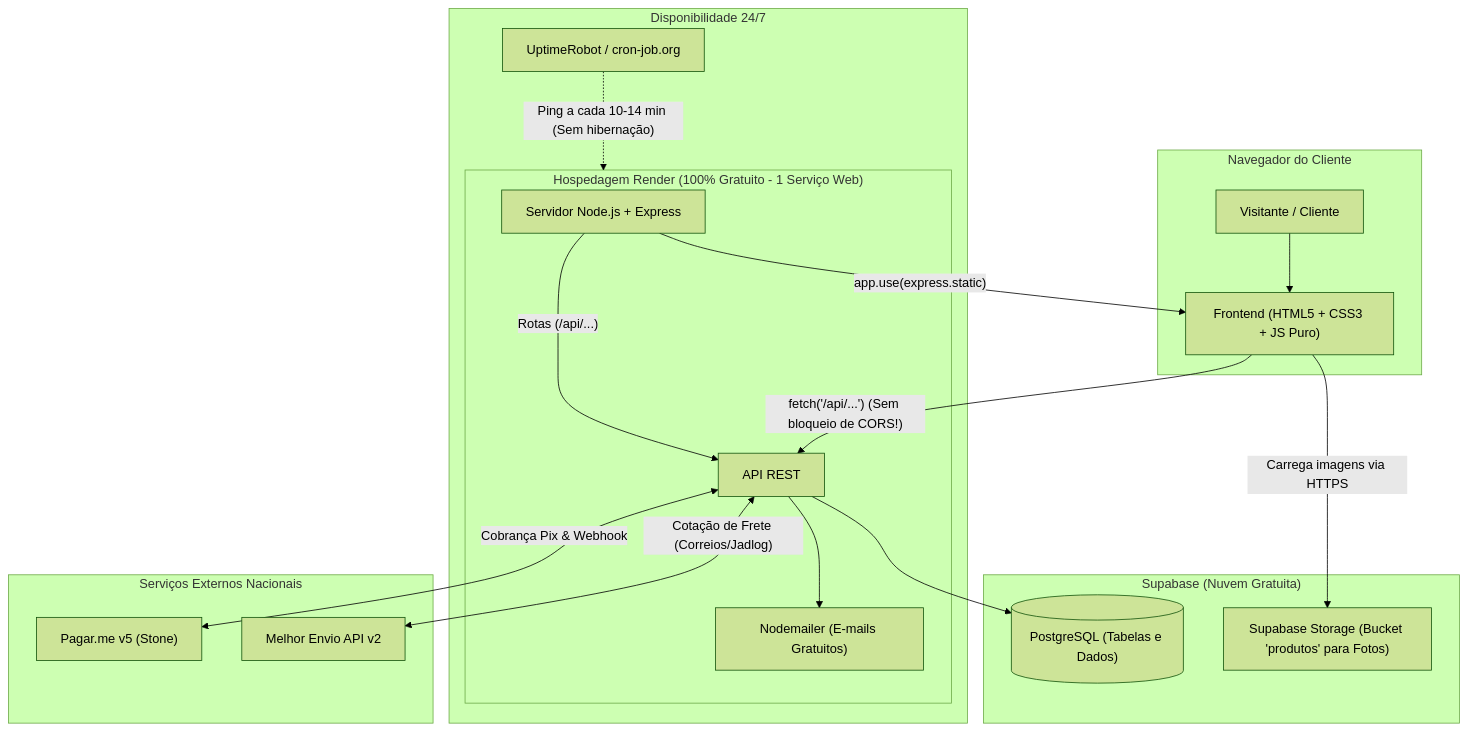
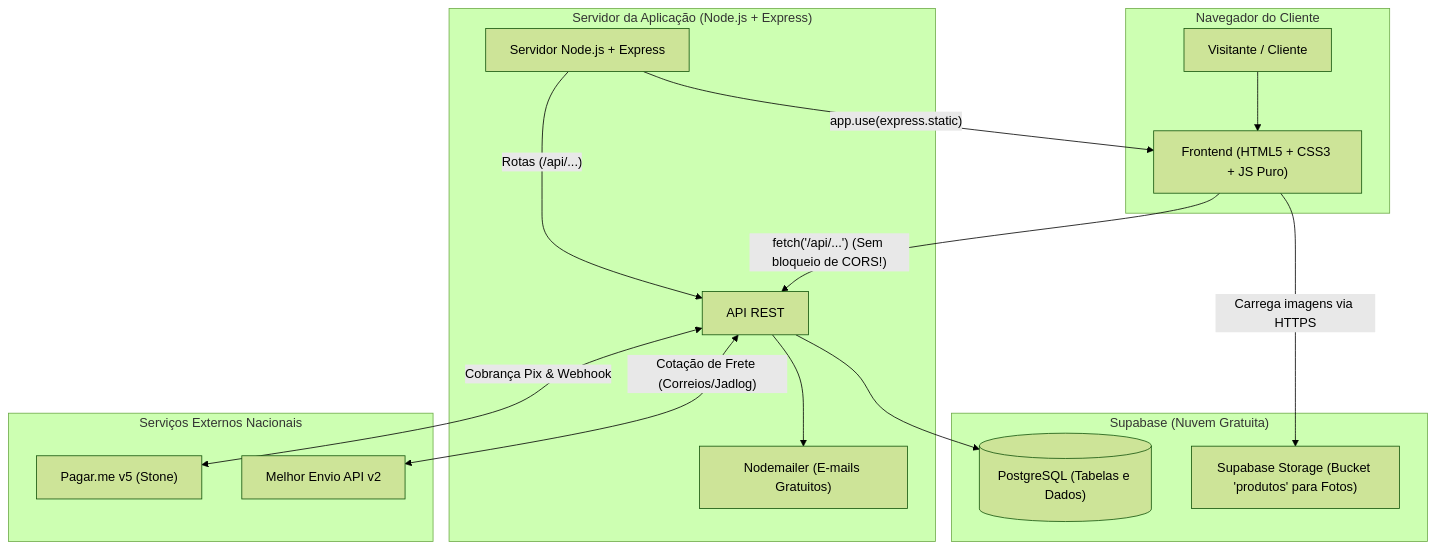
One commit to FelipeGardenghiDev/canivete-da-roca-pi2 changed the first of 2 diagrams in DIRETRIZES_DO_PROJETO.md. Above: the diagram before and after it, drawn with Mermaid (forest theme). The commit also changed other lines of this file and 26 other files, not shown here.

````diff
--- a/DIRETRIZES_DO_PROJETO.md
+++ b/DIRETRIZES_DO_PROJETO.md
@@ -21,30 +22,26 @@
 ```mermaid
 flowchart TD
     subgraph Cliente ["Navegador do Cliente"]
         User["Visitante / Cliente"] --> Telas["Frontend (HTML5 + CSS3 + JS Puro)"]
     end
 
-    subgraph Monitoramento ["Disponibilidade 24/7"]
-        Uptime["UptimeRobot / cron-job.org"] -.->|"Ping a cada 10-14 min (Sem hibernação)"| RenderApp
-    end
-
-    subgraph RenderApp ["Hospedagem Render (100% Gratuito - 1 Serviço Web)"]
+    subgraph AppServer ["Servidor da Aplicação (Node.js + Express)"]
         ServerExpress["Servidor Node.js + Express"]
         ServerExpress -->|"app.use(express.static)"| Telas
         ServerExpress -->|"Rotas (/api/...)"| API["API REST"]
         API --> Mailer["Nodemailer (E-mails Gratuitos)"]
     end
 
     subgraph NuvemSupabase ["Supabase (Nuvem Gratuita)"]
         API --> DB[("PostgreSQL (Tabelas e Dados)")]
         Storage["Supabase Storage (Bucket 'produtos' para Fotos)"]
         Telas -->|"Carrega imagens via HTTPS"| Storage
     end
 
     subgraph Integracoes ["Serviços Externos Nacionais"]
         API <-->|"Cobrança Pix & Webhook"| Pagarme["Pagar.me v5 (Stone)"]
         API <-->|"Cotação de Frete (Correios/Jadlog)"| MelhorEnvio["Melhor Envio API v2"]
     end
 
     Telas -->|"fetch('/api/...') (Sem bloqueio de CORS!)"| API
 ```
````
